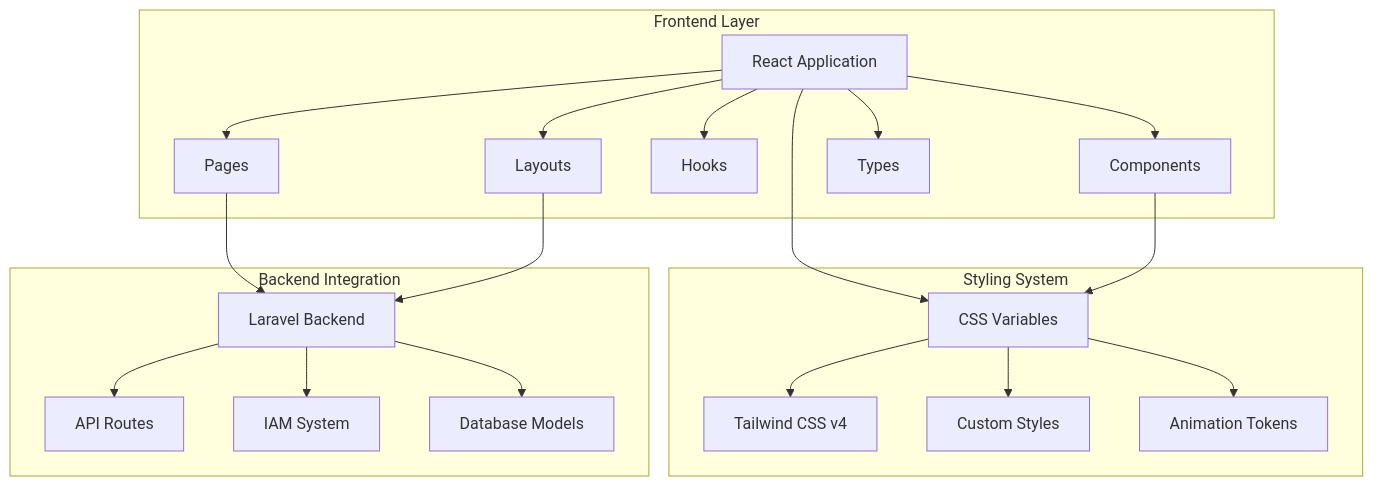
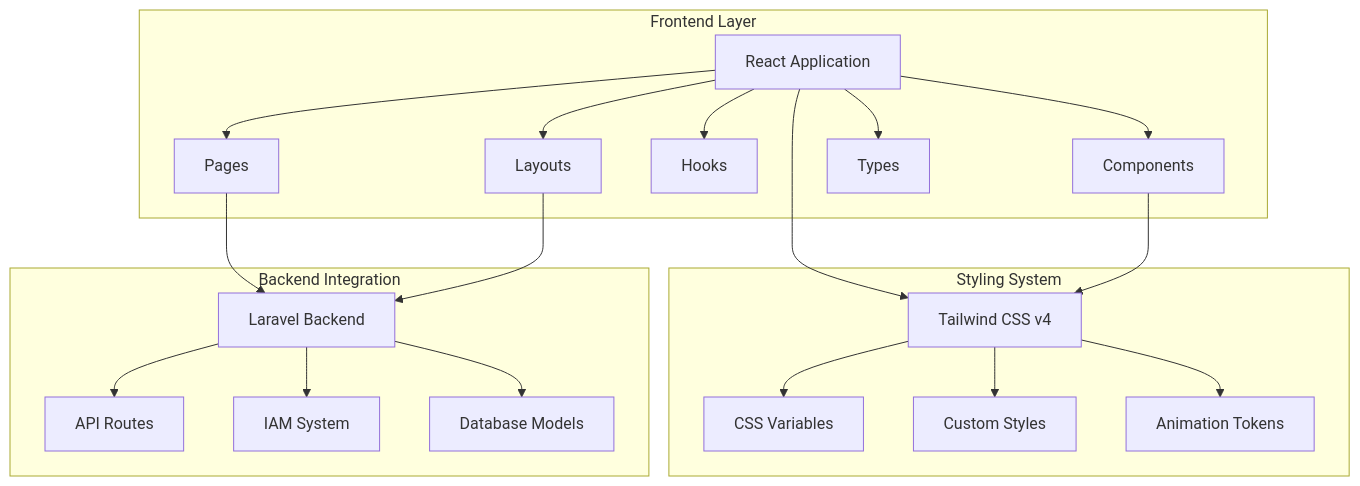
The first of 6 diagrams in .qoder/repowiki/en/content/Frontend Architecture/UI_UX Refactor Design Document.md (PA-Penajam/kepegawaian_apps), drawn with Mermaid before and after one commit. The commit also changed other lines of this file and 22 other files, not shown here.

````diff
--- a/.qoder/repowiki/en/content/Frontend Architecture/UI_UX Refactor Design Document.md
+++ b/.qoder/repowiki/en/content/Frontend Architecture/UI_UX Refactor Design Document.md
@@ -58,24 +49,24 @@
 ```mermaid
 graph TB
 subgraph "Frontend Layer"
 A[React Application] --> B[Pages]
 A --> C[Components]
 A --> D[Hooks]
 A --> E[Layouts]
 A --> F[Types]
 end
 subgraph "Styling System"
-G[CSS Variables] --> H[Tailwind CSS v4]
+G[Tailwind CSS v4] --> H[CSS Variables]
 G --> I[Custom Styles]
 G --> J[Animation Tokens]
 end
 subgraph "Backend Integration"
 K[Laravel Backend] --> L[API Routes]
 K --> M[IAM System]
 K --> N[Database Models]
 end
 A --> G
 C --> G
 B --> K
 E --> K
 ```
````
